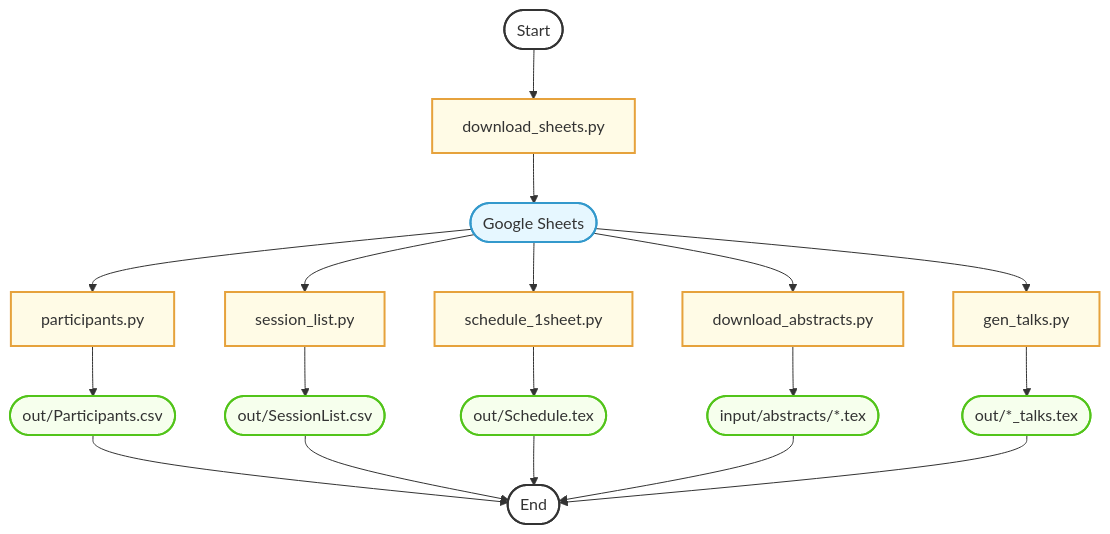
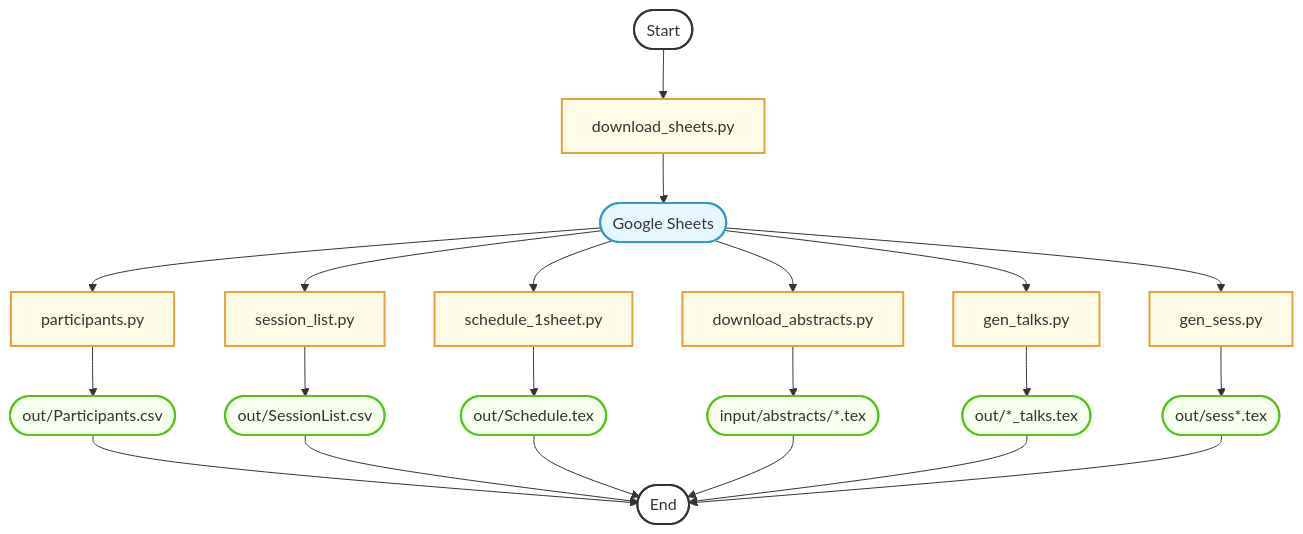
Before and after one commit to fjhickernell/MCM-2025-Program: the diagram in preprocess/README.md, drawn with Mermaid. The commit also changed 17 other files, not shown here.

Commit message:
Debug gen_sess.py

````diff
--- a/preprocess/README.md
+++ b/preprocess/README.md
@@ -62,61 +62,68 @@
 ```mermaid
 flowchart TD
     Start([Start])
     End([End])
 
     %% Set node colors
     style Start fill:#fff,stroke:#333,stroke-width:2px
     style End fill:#fff,stroke:#333,stroke-width:2px
 
     %% Input files
     A3([Google Sheets])
     style A3 fill:#e6f7ff,stroke:#3399cc,stroke-width:2px
 
     %% Python scripts in preprocess (without util.py, config.py, and schedule_joinfiles.py)
     B3[download_sheets.py]
     B6[schedule_1sheet.py]
     B5[session_list.py]
     B4[participants.py]
 	B7[download_abstracts.py]
     B8[gen_talks.py]
+    B9[gen_sess.py]
     style B3 fill:#fffbe6,stroke:#e6a23c,stroke-width:2px
     style B4 fill:#fffbe6,stroke:#e6a23c,stroke-width:2px
     style B5 fill:#fffbe6,stroke:#e6a23c,stroke-width:2px
     style B6 fill:#fffbe6,stroke:#e6a23c,stroke-width:2px
 	style B7 fill:#fffbe6,stroke:#e6a23c,stroke-width:2px
     style B8 fill:#fffbe6,stroke:#e6a23c,stroke-width:2px
+    style B9 fill:#fffbe6,stroke:#e6a23c,stroke-width:2px
 
     %% Outputs
     O1([out/Participants.csv])
     O2([out/SessionList.csv])
     O4([out/Schedule.tex])
 	O5([input/abstracts/*.tex])
     O6([out/*_talks.tex])
+    O7([out/sess*.tex])
     style O1 fill:#f6ffed,stroke:#52c41a,stroke-width:2px
     style O2 fill:#f6ffed,stroke:#52c41a,stroke-width:2px
     style O4 fill:#f6ffed,stroke:#52c41a,stroke-width:2px
 	style O5 fill:#f6ffed,stroke:#52c41a,stroke-width:2px
     style O6 fill:#f6ffed,stroke:#52c41a,stroke-width:2px
+    style O7 fill:#f6ffed,stroke:#52c41a,stroke-width:2px
 
     %% Flow
     Start --> B3
     B3 --> A3
     A3 --> B5
     A3 --> B4
     A3 --> B6
 	A3 --> B7
     A3 --> B8
+    A3 --> B9
 
     B4 --> O1
     B5 --> O2
     B6 --> O4
 	B7 --> O5
     B8 --> O6
+    B9 --> O7
 
     O1 --> End
     O2 --> End
     O4 --> End
 	O5 --> End
     O6 --> End
+    O7 --> End
 
 ```
````
